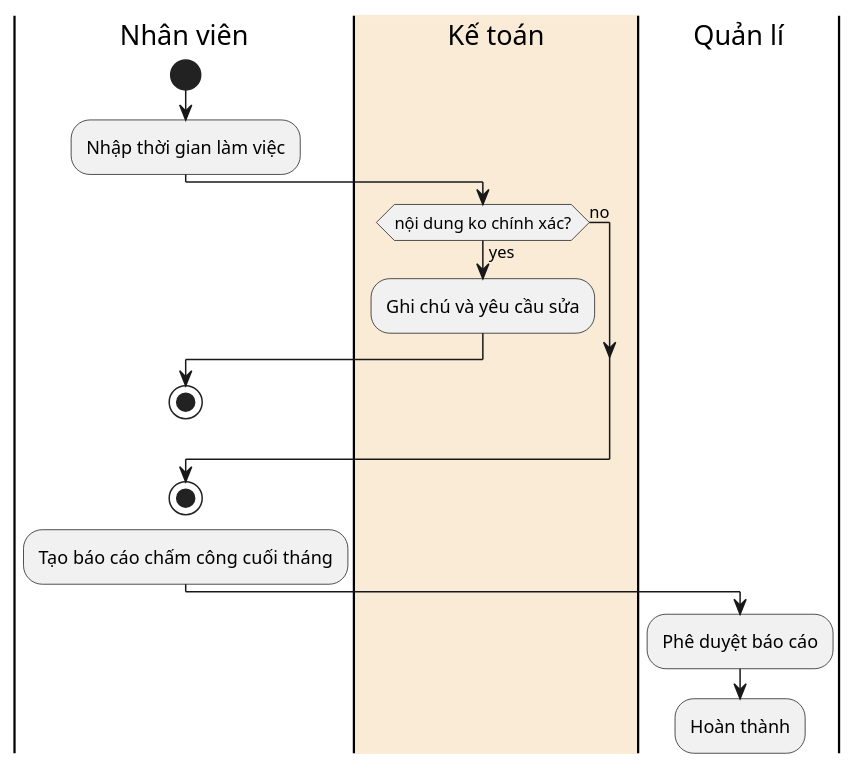
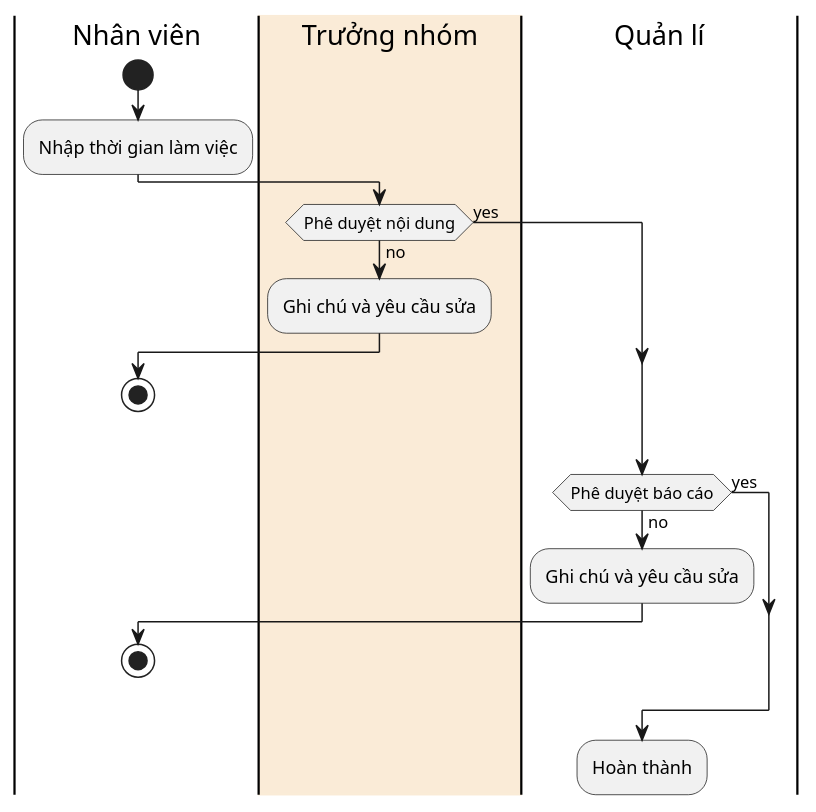
The diagram in WorkFlow_01_Nghiep_vu_chung.puml (oximenvn/Working-Time-Management), drawn with PlantUML before and after one commit. The commit also changed 3 other files, not shown here.

Commit message:
[Update] Change the use case diagram, work flow.

```diff
--- a/WorkFlow_01_Nghiep_vu_chung.puml
+++ b/WorkFlow_01_Nghiep_vu_chung.puml
@@ -2,18 +2,22 @@
 @startuml
 |Nhân viên|
 start
 :Nhập thời gian làm việc;
-|#AntiqueWhite|Kế toán|
-if(nội dung ko chính xác?) then (yes)
+|#AntiqueWhite|Trưởng nhóm|
+if(Phê duyệt nội dung) then (no)
     :Ghi chú và yêu cầu sửa;
     |Nhân viên|
     stop
+else (yes)
+endif
+
+|Quản lí|
+if(Phê duyệt báo cáo) then (yes)
 else (no)
+    :Ghi chú và yêu cầu sửa;
+    |Nhân viên|
+    stop
 endif
-stop 
-
-:Tạo báo cáo chấm công cuối tháng;
 |Quản lí|
-:Phê duyệt báo cáo;
 :Hoàn thành;
 @enduml
```
